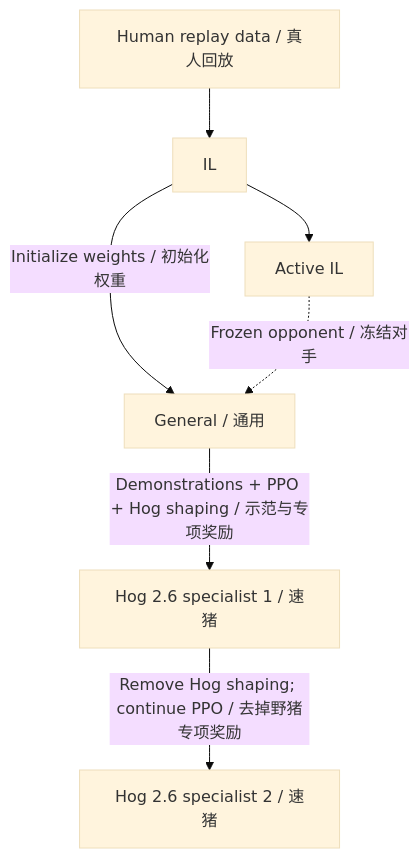
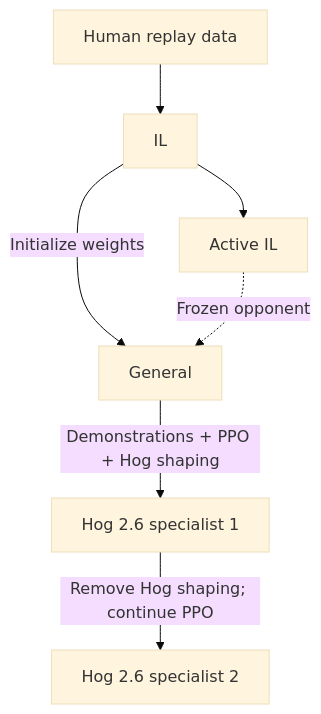
One commit to Jaasssoooonnnnn/FirstLight_CR changed the diagram in docs/training_history.md. Above: the diagram before and after it, drawn with Mermaid (base theme). The commit also changed other lines of this file and 10 other files, not shown here.

````diff
--- a/docs/training_history.md
+++ b/docs/training_history.md
@@ -27,9 +21,9 @@
 ```mermaid
 flowchart TD
-    R[Human replay data / 真人回放] --> IL[IL]
+    R[Human replay data] --> IL[IL]
     IL --> A[Active IL]
-    IL -->|Initialize weights / 初始化权重| G[General / 通用]
-    A -.->|Frozen opponent / 冻结对手| G
-    G -->|Demonstrations + PPO + Hog shaping / 示范与专项奖励| Hog1[Hog 2.6 specialist 1 / 速猪]
-    Hog1 -->|Remove Hog shaping; continue PPO / 去掉野猪专项奖励| Hog2[Hog 2.6 specialist 2 / 速猪]
+    IL -->|Initialize weights| G[General]
+    A -.->|Frozen opponent| G
+    G -->|Demonstrations + PPO + Hog shaping| Hog1[Hog 2.6 specialist 1]
+    Hog1 -->|Remove Hog shaping; continue PPO| Hog2[Hog 2.6 specialist 2]
 ```
````
